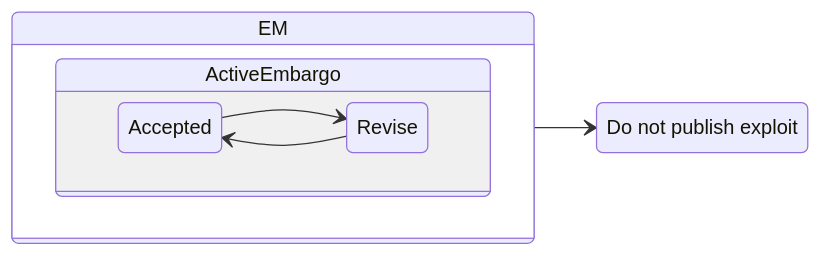
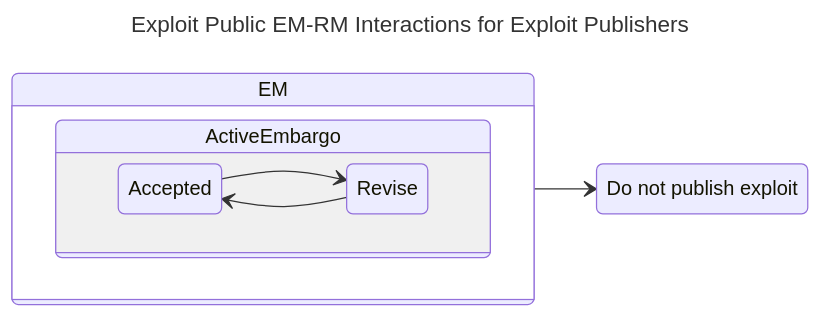
The seventh of 9 diagrams in docs/topics/process_models/model_interactions/rm_em_cs.md (CERTCC/Vultron), drawn with Mermaid before and after one commit. The commit also changed other lines of this file and 30 other files, not shown here.

````diff
--- a/docs/topics/process_models/model_interactions/rm_em_cs.md
+++ b/docs/topics/process_models/model_interactions/rm_em_cs.md
@@ -328,16 +347,19 @@
 ```mermaid
+---
+title: Exploit Public EM-RM Interactions for Exploit Publishers
+---
 stateDiagram-v2
     direction LR
     state EM {
         state ActiveEmbargo {
             direction LR
             Accepted 
             Revise
             Revise --> Accepted
             Accepted --> Revise
         }
     }
     nox: Do not publish exploit
     EM --> nox
 
 ```
````
